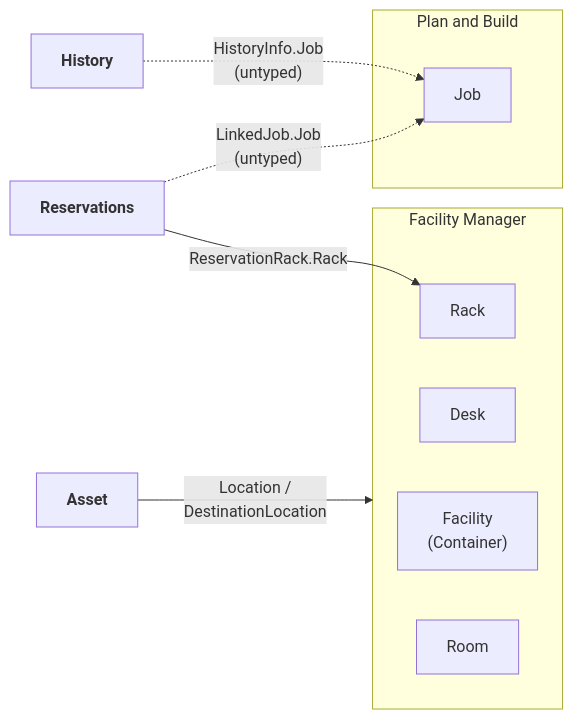
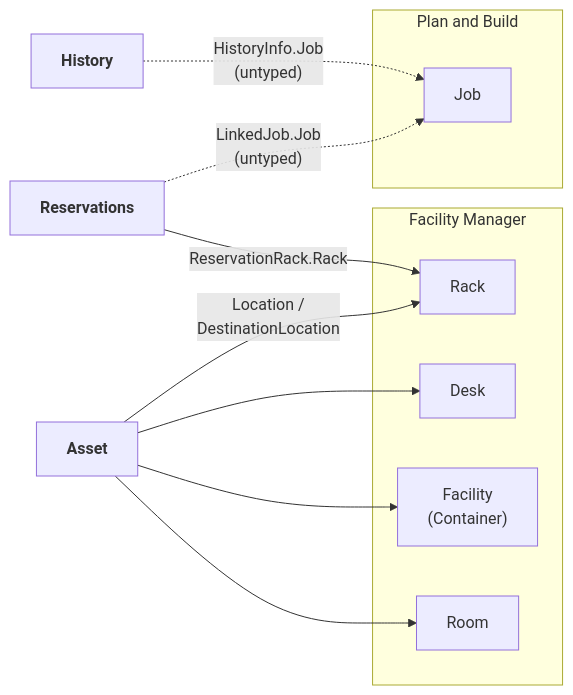
Before and after one commit to SkylineCommunications/SLC-SDM-InfraOps: the fifth of 39 diagrams in docs/canon/CAN-001-dom-structure.md, drawn with Mermaid. The commit also changed other lines of this file, not shown here.

````diff
--- a/docs/canon/CAN-001-dom-structure.md
+++ b/docs/canon/CAN-001-dom-structure.md
@@ -216,20 +222,23 @@
 ```mermaid
 flowchart LR
     Asset["<b>Asset</b>"]
     Reservations["<b>Reservations</b>"]
     History["<b>History</b>"]
     subgraph FM["Facility Manager"]
         Rack
         Desk
         Facility["Facility<br/>(Container)"]
         Room
     end
     subgraph PB["Plan and Build"]
         Job
     end
 
-    Asset -- "Location /<br/>DestinationLocation" --> FM["Facility Manager"]
+    Asset -- "Location /<br/>DestinationLocation" --> Rack
+    Asset --> Desk
+    Asset --> Facility
+    Asset --> Room
     Reservations -- "ReservationRack.Rack" --> Rack
     Reservations -. "LinkedJob.Job<br/>(untyped)" .-> Job
     History -. "HistoryInfo.Job<br/>(untyped)" .-> Job
 ```
````
